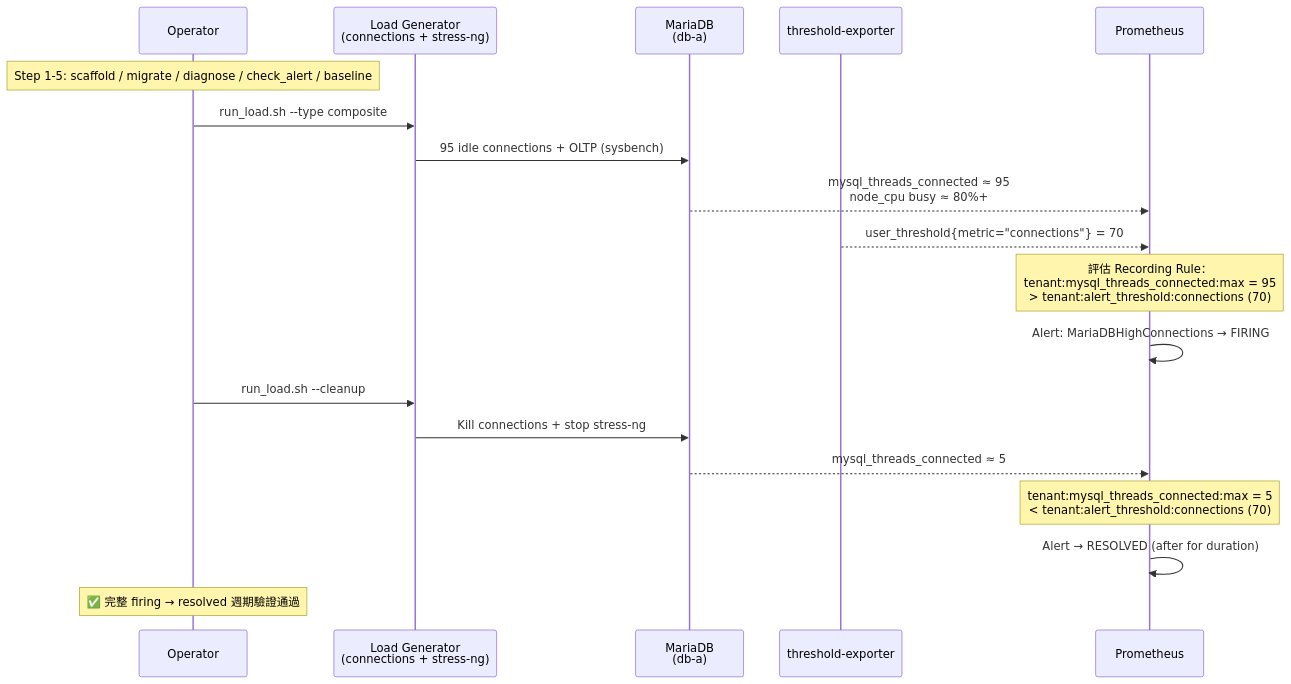
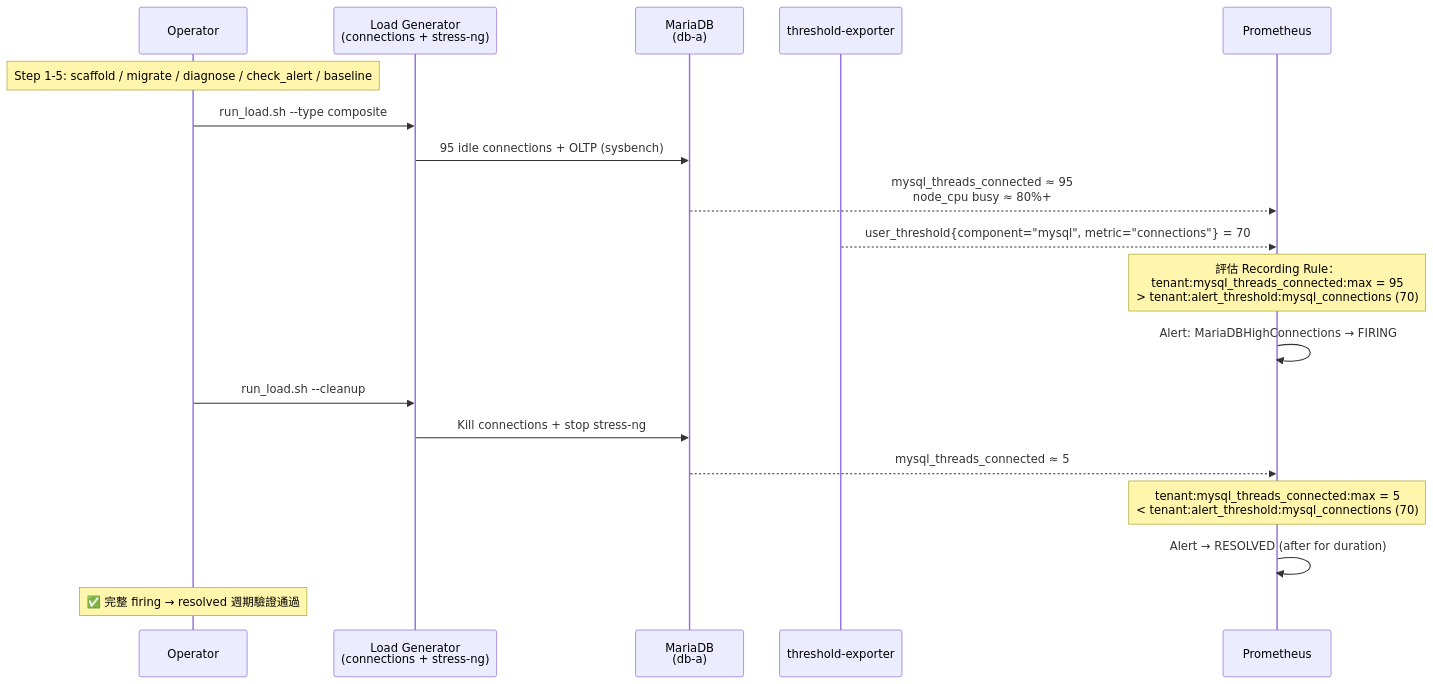
One commit to vencil/Dynamic-Alerting-Integrations changed the first of 3 diagrams in docs/internal/test-coverage-matrix.md. Above: the diagram before and after it, drawn with Mermaid. The commit also changed 79 other files, not shown here.

````diff
--- a/docs/internal/test-coverage-matrix.md
+++ b/docs/internal/test-coverage-matrix.md
@@ -136,28 +136,28 @@
 ```mermaid
 sequenceDiagram
     participant Op as Operator
     participant LG as Load Generator<br/>(connections + stress-ng)
     participant DB as MariaDB<br/>(db-a)
     participant TE as threshold-exporter
     participant PM as Prometheus
 
     Note over Op: Step 1-5: scaffold / migrate / diagnose / check_alert / baseline
 
     Op->>LG: run_load.sh --type composite
     LG->>DB: 95 idle connections + OLTP (sysbench)
     DB-->>PM: mysql_threads_connected ≈ 95<br/>node_cpu busy ≈ 80%+
-    TE-->>PM: user_threshold{metric="connections"} = 70
+    TE-->>PM: user_threshold{component="mysql", metric="connections"} = 70
 
-    Note over PM: 評估 Recording Rule：<br/>tenant:mysql_threads_connected:max = 95<br/>> tenant:alert_threshold:connections (70)
+    Note over PM: 評估 Recording Rule：<br/>tenant:mysql_threads_connected:max = 95<br/>> tenant:alert_threshold:mysql_connections (70)
 
     PM->>PM: Alert: MariaDBHighConnections → FIRING
 
     Op->>LG: run_load.sh --cleanup
     LG->>DB: Kill connections + stop stress-ng
     DB-->>PM: mysql_threads_connected ≈ 5
 
-    Note over PM: tenant:mysql_threads_connected:max = 5<br/>< tenant:alert_threshold:connections (70)
+    Note over PM: tenant:mysql_threads_connected:max = 5<br/>< tenant:alert_threshold:mysql_connections (70)
 
     PM->>PM: Alert → RESOLVED (after for duration)
     Note over Op: ✅ 完整 firing → resolved 週期驗證通過
 ```
````
